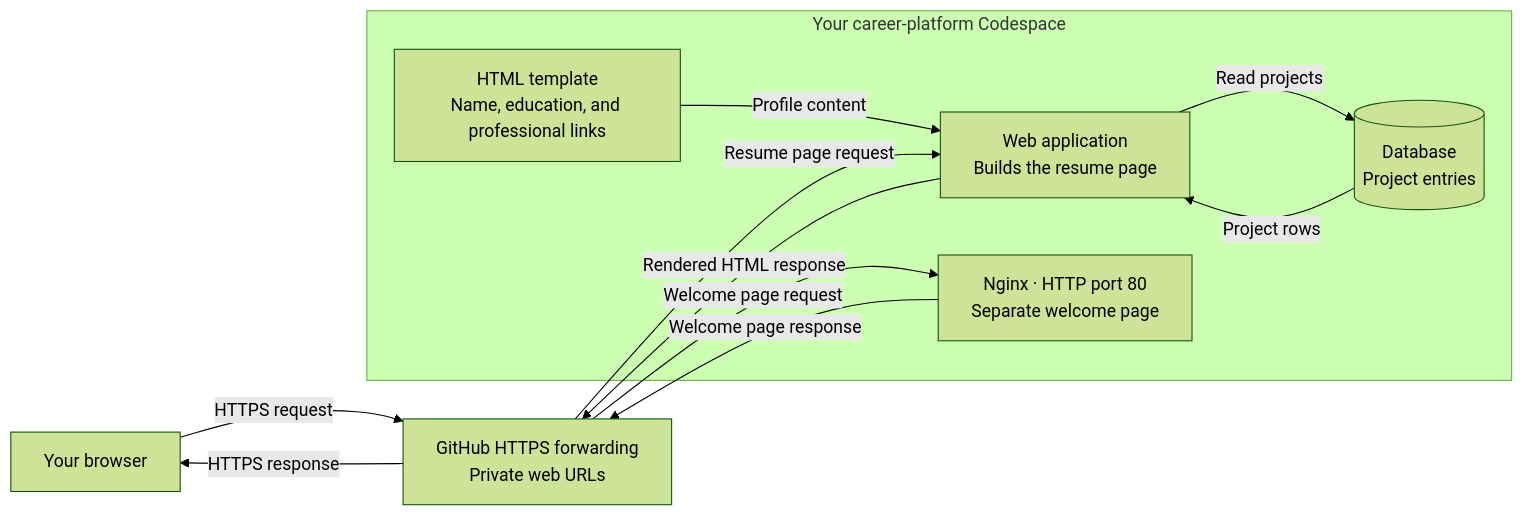
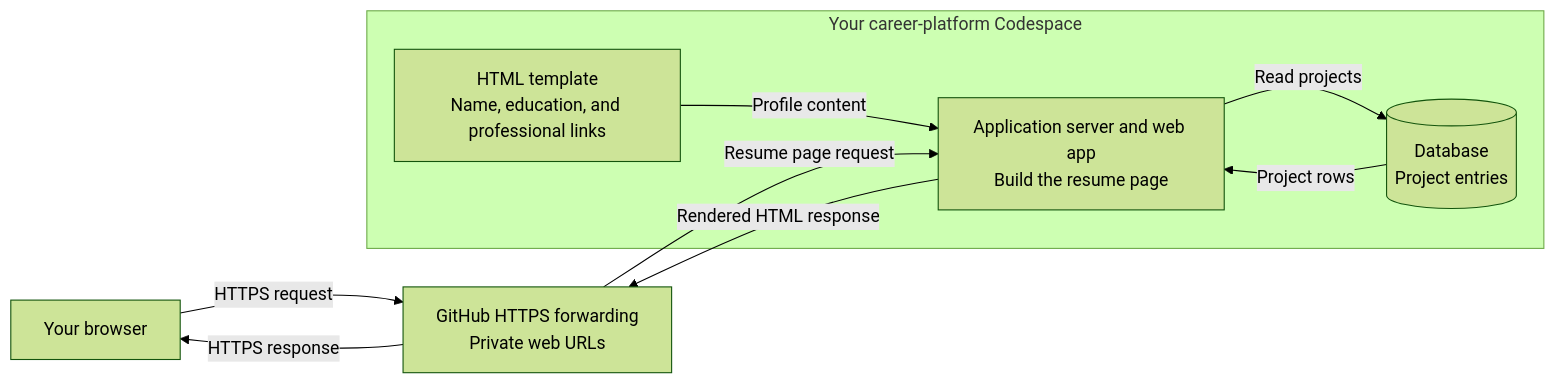
Before and after one commit to LMU-ISBA/isba-4775-fa26: the first of 2 diagrams in guides/resume-site-in-codespaces.md, drawn with Mermaid (forest theme). The commit also changed other lines of this file and 3 other files, not shown here.

````diff
--- a/guides/resume-site-in-codespaces.md
+++ b/guides/resume-site-in-codespaces.md
@@ -18,22 +18,19 @@
 ```mermaid
 flowchart LR
     browser["Your browser"]
     forwarding["GitHub HTTPS forwarding<br/>Private web URLs"]
 
     subgraph codespace["Your career-platform Codespace"]
-        app["Web application<br/>Builds the resume page"]
+        app["Application server and web app<br/>Build the resume page"]
         profile["HTML template<br/>Name, education, and professional links"]
         database[("Database<br/>Project entries")]
-        nginx["Nginx · HTTP port 80<br/>Separate welcome page"]
         profile -->|Profile content| app
         app -->|Read projects| database
         database -->|Project rows| app
     end
 
     browser -->|HTTPS request| forwarding
     forwarding -->|Resume page request| app
     app -->|Rendered HTML response| forwarding
     forwarding -->|HTTPS response| browser
-    forwarding -->|Welcome page request| nginx
-    nginx -->|Welcome page response| forwarding
 ```
````
